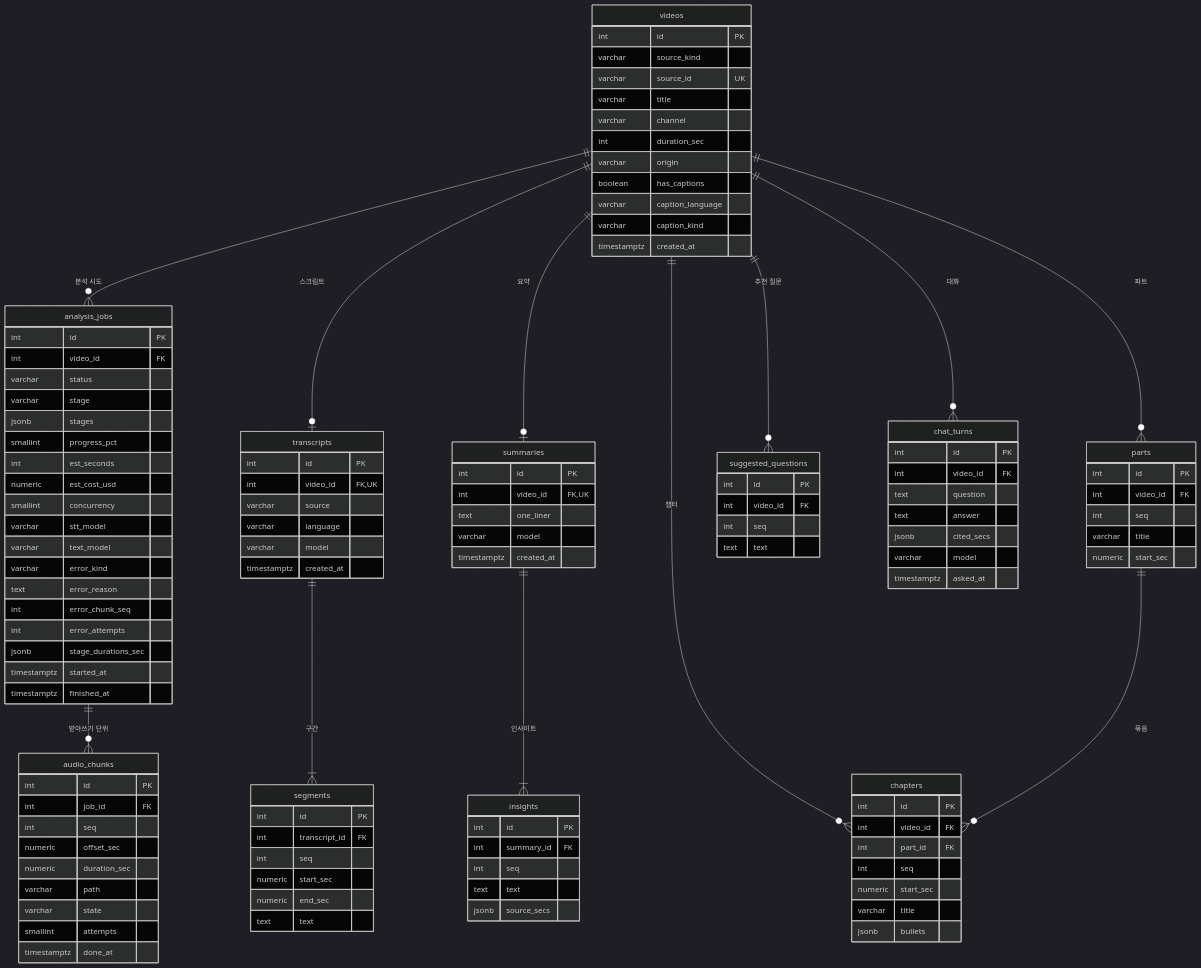
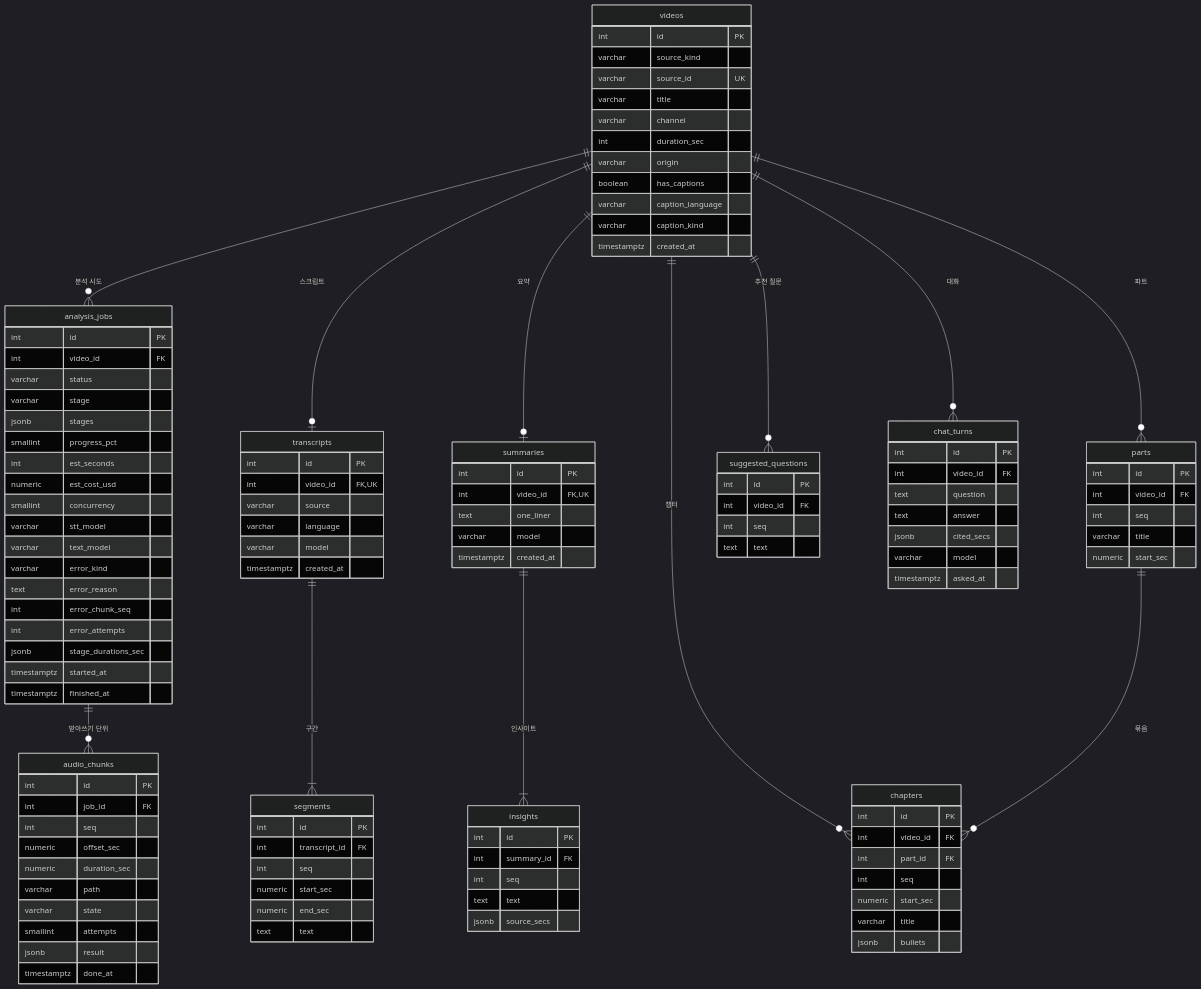
The diagram in docs/specs/06-DOM/VA-DOM-003.md (HoyoungParkme/video-agent), drawn with Mermaid (dark theme) before and after one commit. The commit also changed other lines of this file, not shown here.

First line of the commit message:
시퀀스 되먹임 반영 — audio_chunks.result 컬럼

```diff
--- a/docs/specs/06-DOM/VA-DOM-003.md
+++ b/docs/specs/06-DOM/VA-DOM-003.md
@@ -84,6 +84,7 @@
         varchar path
         varchar state
         smallint attempts
+        jsonb result
         timestamptz done_at
     }
     transcripts {
```
